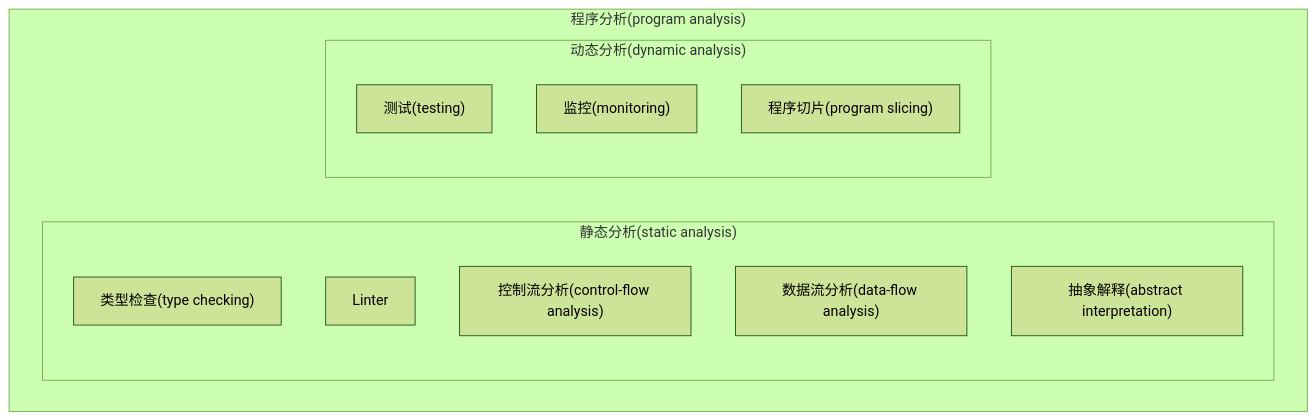
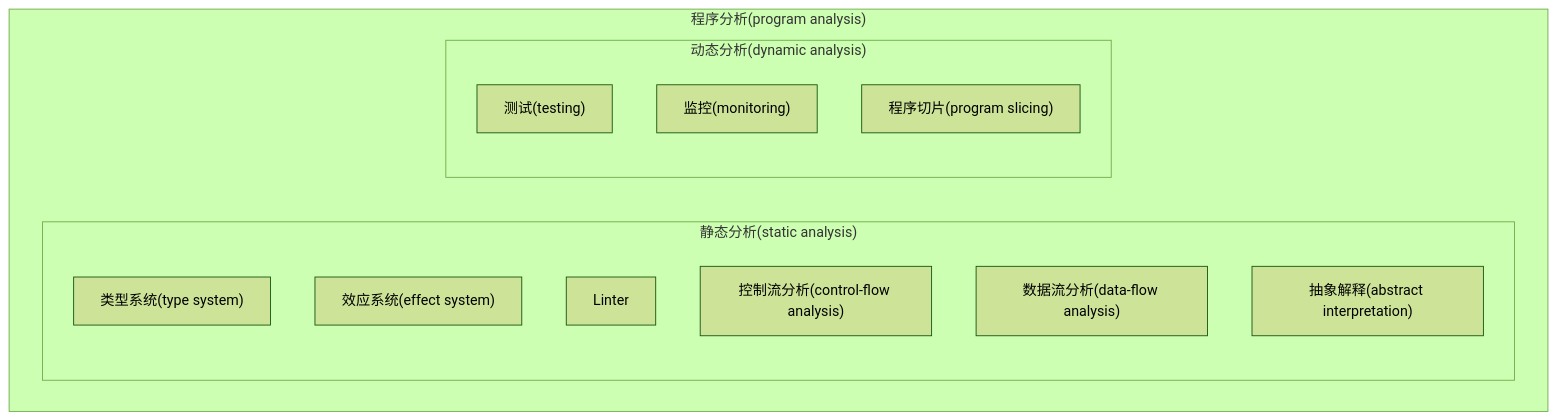
The second of 3 diagrams in docs/docs/tutorial-chapter-1/introduction.md (suica/write-you-a-typescript), drawn with Mermaid (forest theme) before and after one commit. The commit also changed other lines of this file, not shown here.

````diff
--- a/docs/docs/tutorial-chapter-1/introduction.md
+++ b/docs/docs/tutorial-chapter-1/introduction.md
@@ -59,17 +59,18 @@
 ```mermaid
 graph
     subgraph ProgramAnalysis["程序分析(program analysis)"]
         subgraph StaticAnalysis["静态分析(static analysis)"]
-            TypeChecking["类型检查(type checking)"]
+            TypeSystem["类型系统(type system)"]
+            EffectSystem["效应系统(effect system)"]
             Linter["Linter"]
             ControlFlowAnalysis["控制流分析(control-flow analysis)"]
             DataFlowAnalysis["数据流分析(data-flow analysis)"]
             AbstractInterpretation["抽象解释(abstract interpretation)"]
         end
         subgraph DynamicAnalysis["动态分析(dynamic analysis)"]
             Testing["测试(testing)"]
             Monitoring["监控(monitoring)"]
             ProgramSlicing["程序切片(program slicing)"]
         end
     end
 ```
````
